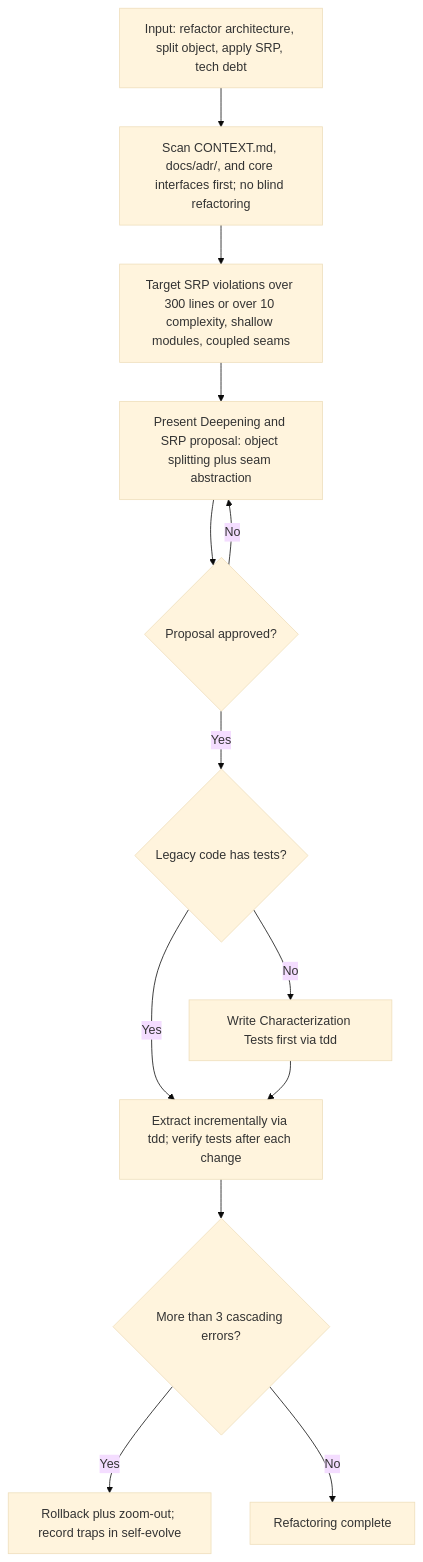
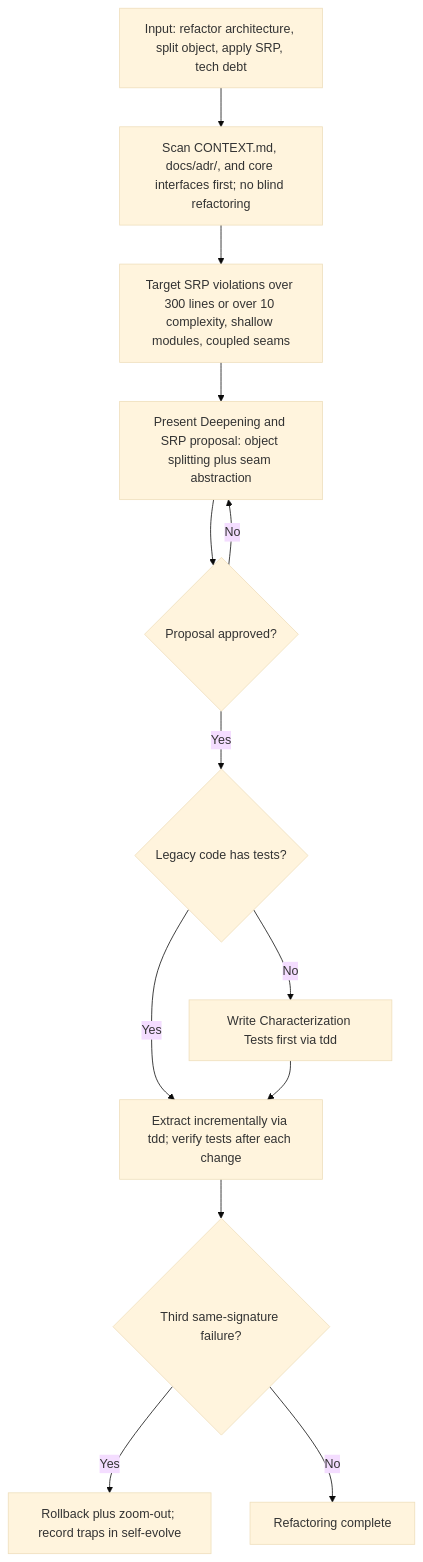
One commit to dyphn1/Harness-everything changed the first of 3 diagrams in docs/workflows/improve-codebase-architecture.md. Above: the diagram before and after it, drawn with Mermaid (base theme). The commit also changed other lines of this file, not shown here.

Commit message:
docs(rule-of-3): align architecture rollback threshold

````diff
--- a/docs/workflows/improve-codebase-architecture.md
+++ b/docs/workflows/improve-codebase-architecture.md
@@ -9,15 +9,15 @@
 ```mermaid
 graph TD
   RefactorAsk["Input: refactor architecture, split object, apply SRP, tech debt"] --> DiscoverScan["Scan CONTEXT.md, docs/adr/, and core interfaces first; no blind refactoring"]
   DiscoverScan --> FindTargets["Target SRP violations over 300 lines or over 10 complexity, shallow modules, coupled seams"]
   FindTargets --> Proposal["Present Deepening and SRP proposal: object splitting plus seam abstraction"]
   Proposal --> Approved{"Proposal approved?"}
   Approved -->|No| Proposal
   Approved -->|Yes| SafetyNet{"Legacy code has tests?"}
   SafetyNet -->|No| CharTests["Write Characterization Tests first via tdd"]
   SafetyNet -->|Yes| Extract["Extract incrementally via tdd; verify tests after each change"]
   CharTests --> Extract
-  Extract --> ErrorCheck{"More than 3 cascading errors?"}
+  Extract --> ErrorCheck{"Third same-signature failure?"}
   ErrorCheck -->|Yes| Rollback["Rollback plus zoom-out; record traps in self-evolve"]
   ErrorCheck -->|No| DoneState["Refactoring complete"]
 ```
````
